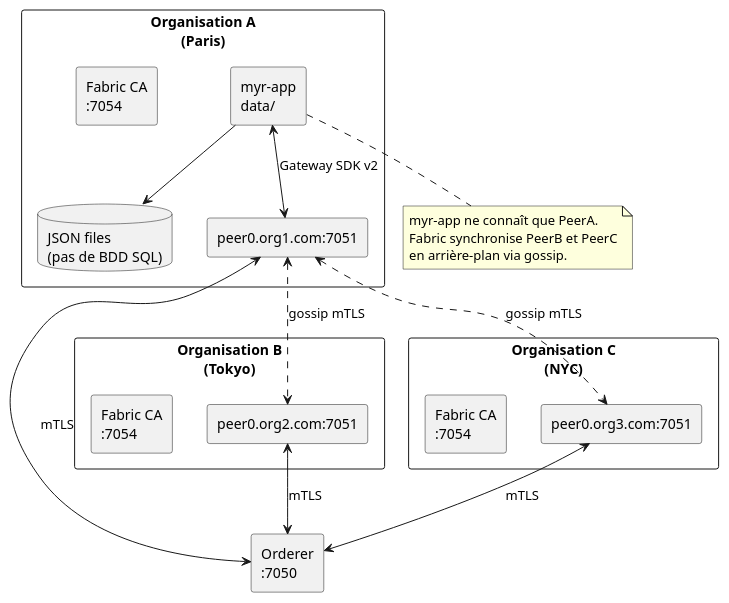
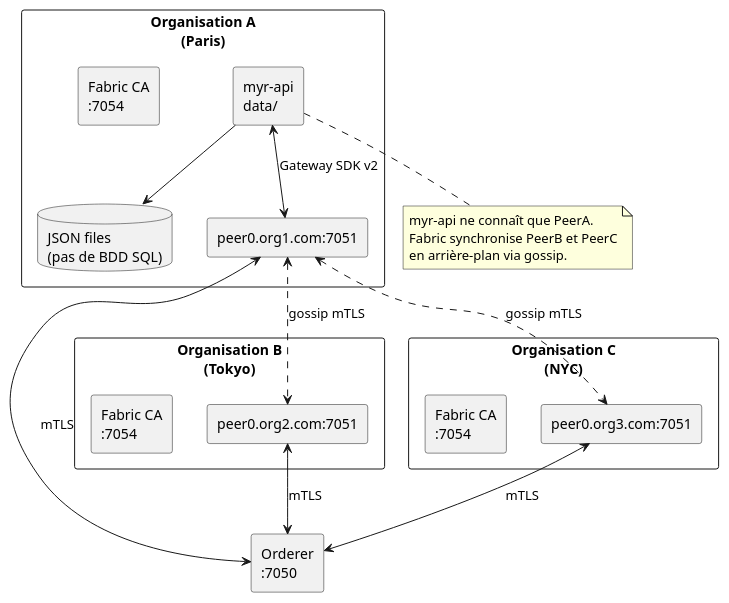
The first of 3 diagrams in specs/3-Conception/Deploiement.md (olivaux/myr), drawn with PlantUML before and after one commit. The commit also changed other lines of this file and 9 other files, not shown here.

Commit message:
change name myr-app to myr-api

````diff
--- a/specs/3-Conception/Deploiement.md
+++ b/specs/3-Conception/Deploiement.md
@@ -13,38 +13,38 @@
 ```plantuml
 @startuml
 skinparam componentStyle rectangle
 
 rectangle "Organisation A\n(Paris)" {
-  [myr-app\ndata/] as AppA
+  [myr-api\ndata/] as AppA
   database "JSON files\n(pas de BDD SQL)" as DBA
   [peer0.org1.com:7051] as PeerA
   [Fabric CA\n:7054] as CAA
   AppA --> DBA
   AppA <--> PeerA : Gateway SDK v2
 }
 
 rectangle "Organisation B\n(Tokyo)" {
   [peer0.org2.com:7051] as PeerB
   [Fabric CA\n:7054] as CAB
 }
 
 rectangle "Organisation C\n(NYC)" {
   [peer0.org3.com:7051] as PeerC
   [Fabric CA\n:7054] as CAC
 }
 
 [Orderer\n:7050] as ORD
 
 PeerA <--> ORD : mTLS
 PeerB <--> ORD : mTLS
 PeerC <--> ORD : mTLS
 PeerA <..> PeerB : gossip mTLS
 PeerA <..> PeerC : gossip mTLS
 
 note bottom of AppA
-  myr-app ne connaît que PeerA.
+  myr-api ne connaît que PeerA.
   Fabric synchronise PeerB et PeerC
   en arrière-plan via gossip.
 end note
 @enduml
 ```
````
